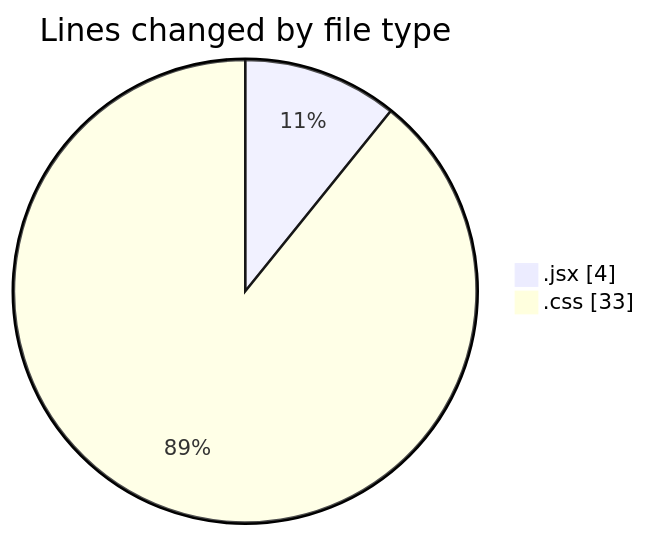
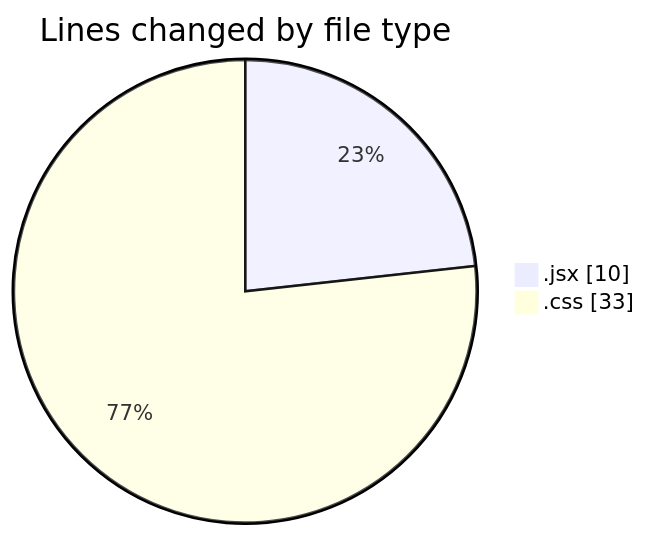
Before and after one commit to Elitesun/code-tracking: the first of 2 diagrams in 2025-02-09/react_ecom/README.md, drawn with Mermaid. The commit also changed other lines of this file and 1 other file, not shown here.

````diff
--- a/2025-02-09/react_ecom/README.md
+++ b/2025-02-09/react_ecom/README.md
@@ -22,6 +23,6 @@
 ```mermaid
 pie showData
 title Lines changed by file type
-".jsx" : 4
+".jsx" : 10
 ".css" : 33
 ```
````
